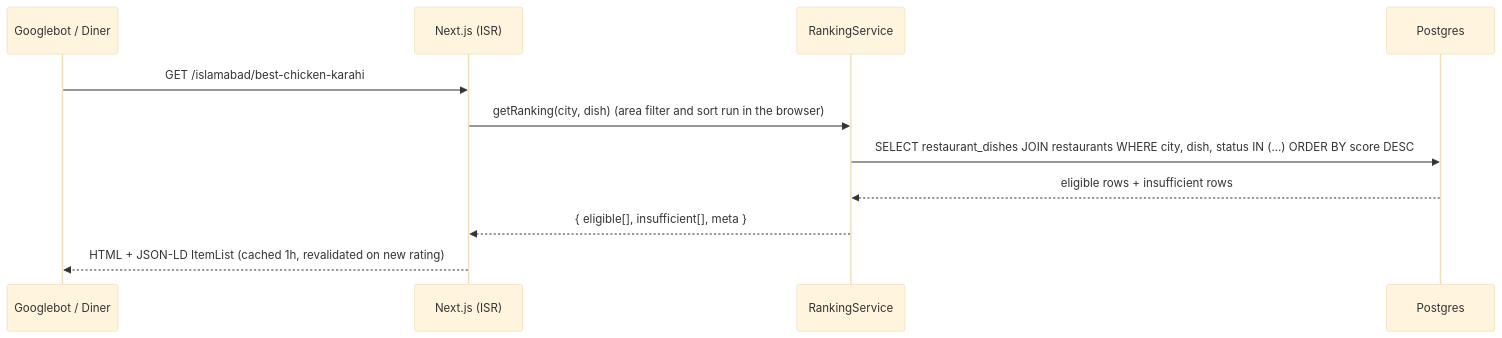
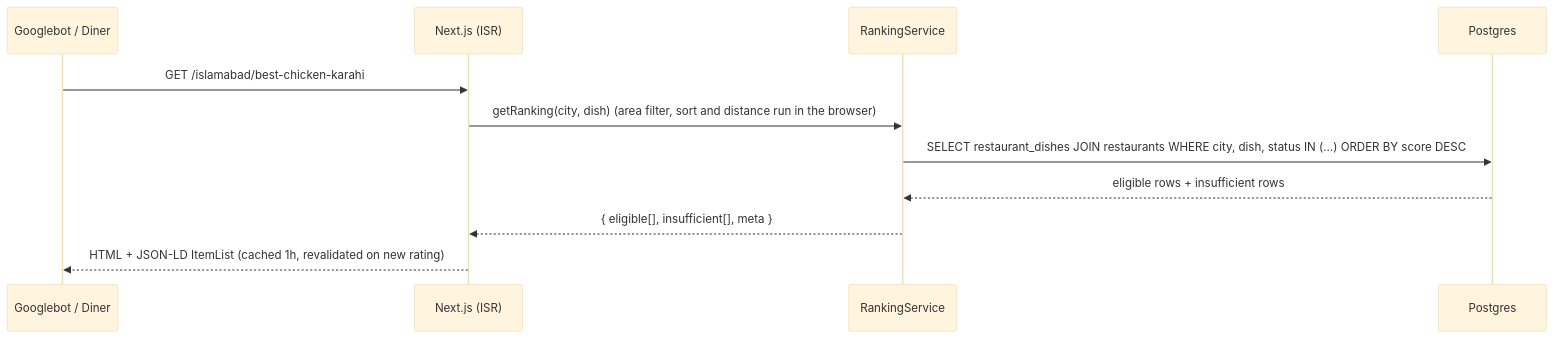
One commit to JawadSarfraz/dishrank changed the fourth of 8 diagrams in docs/02-ARCHITECTURE.md. Above: the diagram before and after it, drawn with Mermaid (base theme). The commit also changed other lines of this file and 7 other files, not shown here.

````diff
--- a/docs/02-ARCHITECTURE.md
+++ b/docs/02-ARCHITECTURE.md
@@ -95,13 +95,13 @@
 ```mermaid
 sequenceDiagram
   participant G as Googlebot / Diner
   participant N as Next.js (ISR)
   participant RK as RankingService
   participant DB as Postgres
   G->>N: GET /islamabad/best-chicken-karahi
-  N->>RK: getRanking(city, dish) (area filter and sort run in the browser)
+  N->>RK: getRanking(city, dish) (area filter, sort and distance run in the browser)
   RK->>DB: SELECT restaurant_dishes JOIN restaurants WHERE city, dish, status IN (...) ORDER BY score DESC
   DB-->>RK: eligible rows + insufficient rows
   RK-->>N: { eligible[], insufficient[], meta }
   N-->>G: HTML + JSON-LD ItemList (cached 1h, revalidated on new rating)
 ```
````
